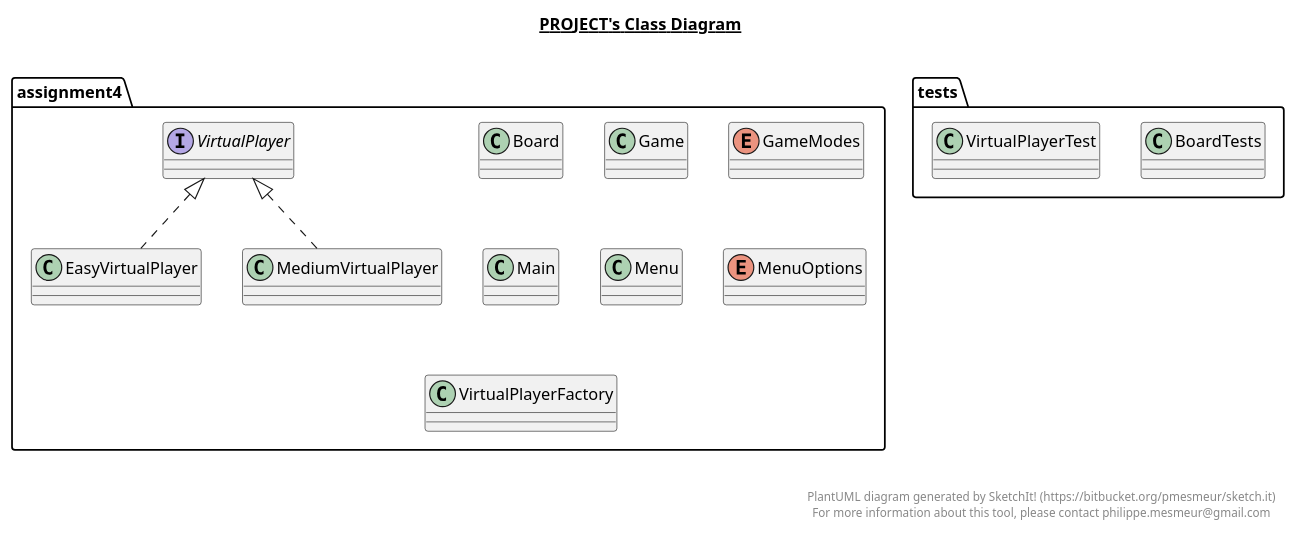
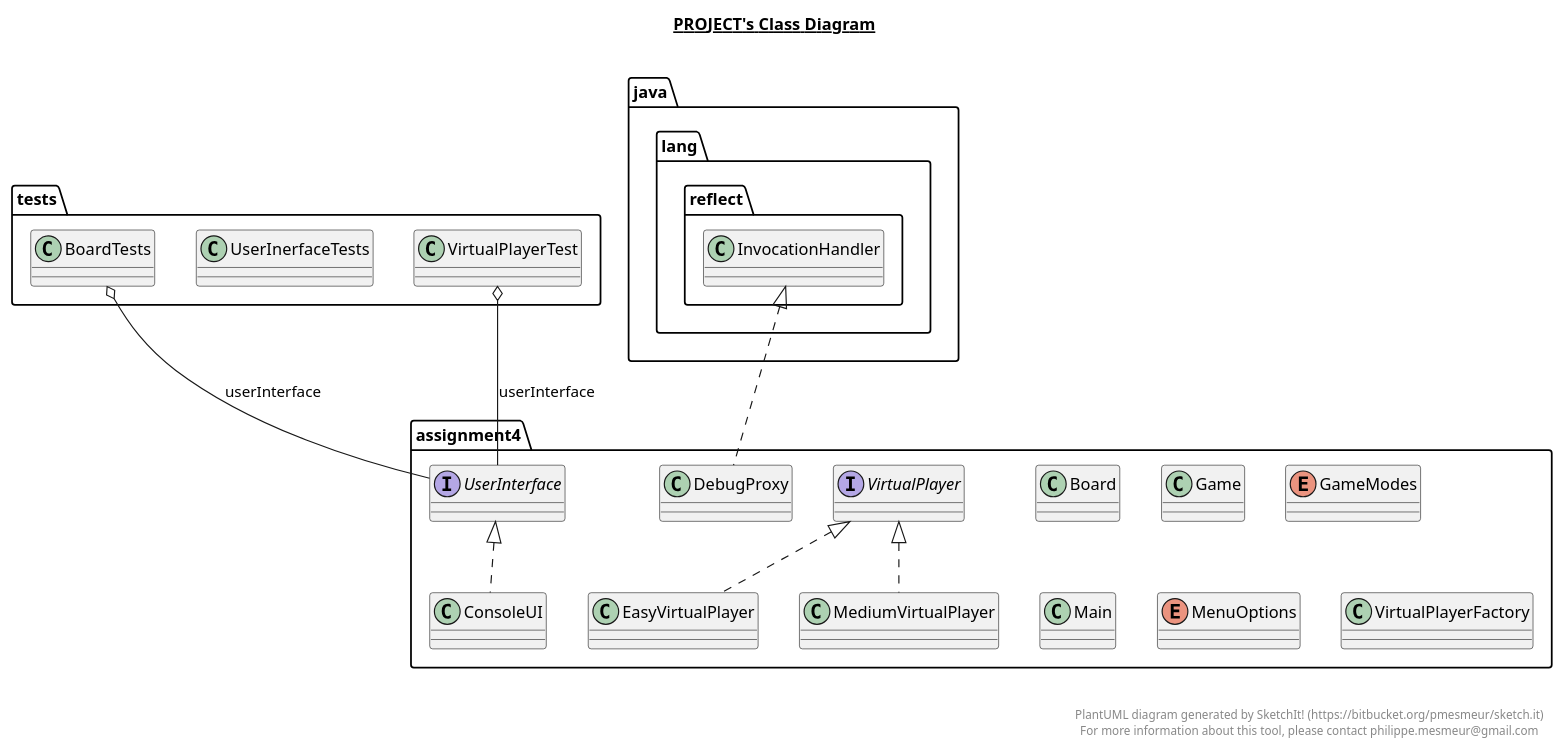
The diagram in Project.plantuml (arpeled/FourInLine), drawn with PlantUML before and after one commit. The commit also changed 28 other files, not shown here.

```diff
--- a/Project.plantuml
+++ b/Project.plantuml
@@ -1,88 +1,110 @@
 @startuml
 
 title __PROJECT's Class Diagram__\n
 
   namespace assignment4 {
     class assignment4.Board {
+    }
+  }
+  
+
+  namespace assignment4 {
+    class assignment4.ConsoleUI {
+    }
+  }
+  
+
+  namespace assignment4 {
+    class assignment4.DebugProxy {
     }
   }
   
 
   namespace assignment4 {
     class assignment4.EasyVirtualPlayer {
     }
   }
   
 
   namespace assignment4 {
     class assignment4.Game {
     }
   }
   
 
   namespace assignment4 {
     enum GameModes {
     }
   }
   
 
   namespace assignment4 {
     class assignment4.Main {
     }
   }
   
 
   namespace assignment4 {
     class assignment4.MediumVirtualPlayer {
     }
   }
   
 
   namespace assignment4 {
-    class assignment4.Menu {
+    enum MenuOptions {
     }
   }
   
 
   namespace assignment4 {
-    enum MenuOptions {
+    interface assignment4.UserInterface {
     }
   }
   
 
   namespace assignment4 {
     interface assignment4.VirtualPlayer {
     }
   }
   
 
   namespace assignment4 {
     class assignment4.VirtualPlayerFactory {
     }
   }
   
 
   namespace tests {
     class tests.BoardTests {
     }
   }
   
 
   namespace tests {
+    class tests.UserInerfaceTests {
+    }
+  }
+  
+
+  namespace tests {
     class tests.VirtualPlayerTest {
     }
   }
   
 
+  assignment4.ConsoleUI .up.|> assignment4.UserInterface
+  assignment4.DebugProxy .up.|> java.lang.reflect.InvocationHandler
   assignment4.EasyVirtualPlayer .up.|> assignment4.VirtualPlayer
   assignment4.MediumVirtualPlayer .up.|> assignment4.VirtualPlayer
+  tests.BoardTests o-- assignment4.UserInterface : userInterface
+  tests.VirtualPlayerTest o-- assignment4.UserInterface : userInterface
 
 
 right footer
 
 
 PlantUML diagram generated by SketchIt! (https://bitbucket.org/pmesmeur/sketch.it)
 For more information about this tool, please contact philippe.mesmeur@gmail.com
 endfooter
 
 @enduml
```
